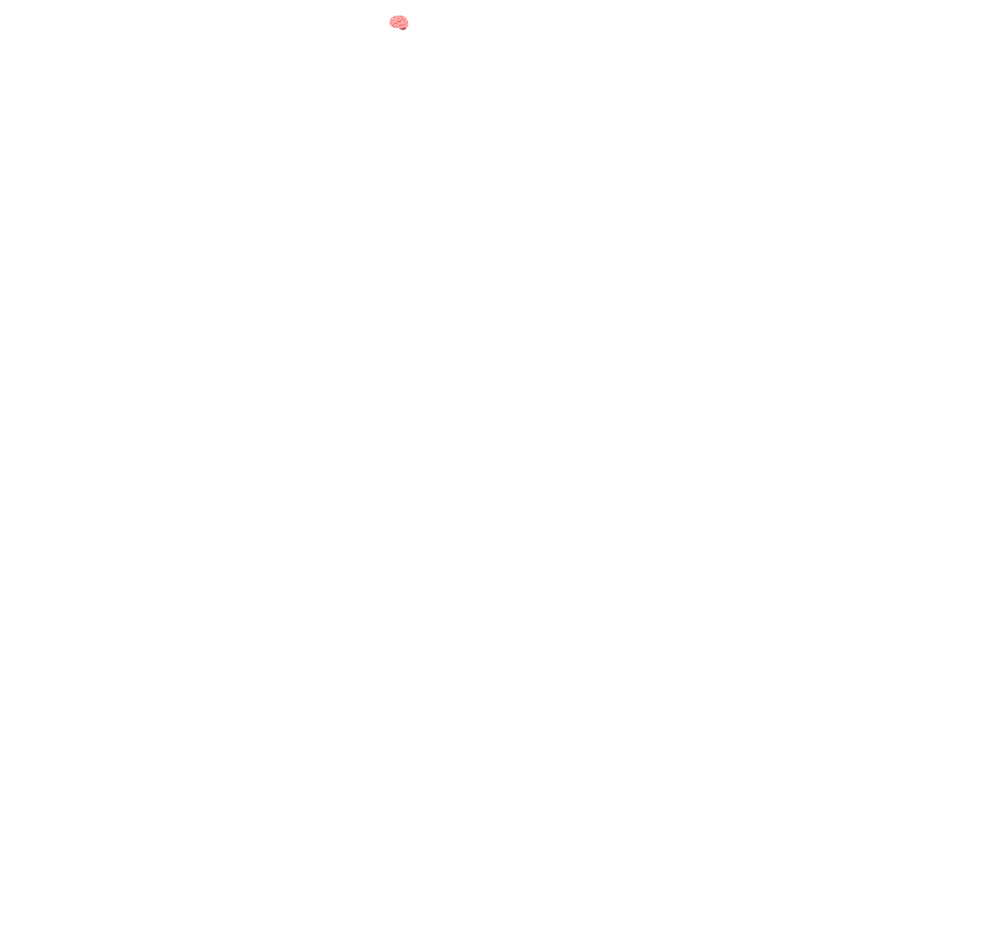
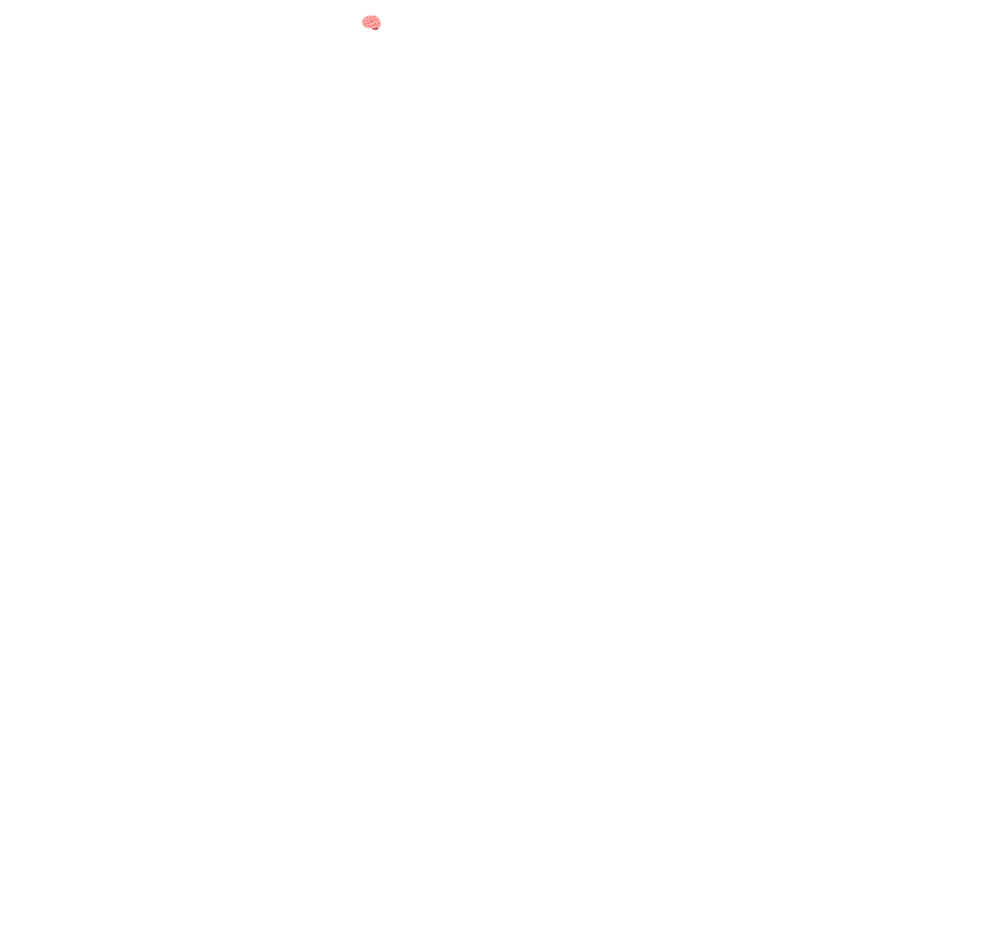
The third of 17 diagrams in website/docs/index.md (gitpavleenbali/PYAI), drawn with Mermaid before and after one commit. The commit also changed other lines of this file and 455 other files, not shown here.

First line of the commit message:
chore: rename package from pyai to openstackai

````diff
--- a/website/docs/index.md
+++ b/website/docs/index.md
@@ -153,34 +153,34 @@
 ```mermaid
 %%{init: {'theme': 'base', 'themeVariables': { 'primaryColor': 'transparent', 'primaryTextColor': '#ffffff', 'primaryBorderColor': '#ffffff', 'lineColor': '#ffffff', 'secondaryColor': 'transparent', 'tertiaryColor': 'transparent', 'background': 'transparent', 'mainBkg': 'transparent', 'nodeBorder': '#ffffff', 'clusterBkg': 'transparent', 'clusterBorder': '#ffffff', 'titleColor': '#ffffff', 'edgeLabelBackground': 'transparent', 'nodeTextColor': '#ffffff'}}}%%
 flowchart TB
-    subgraph PYAI["🧠 PYAI - One-Stop Solution"]
+    subgraph openstackai["🧠 openstackai - One-Stop Solution"]
         subgraph Cognition["Cognition"]
             ASK["ask"]
             RES["research"]
             SUM["summarize"]
             RAG["rag"]
             GEN["generate"]
         end
         
         subgraph Orchestration["Orchestration"]
             AGT["Agents"]
             WRK["Workflows"]
             HND["Handoffs"]
             PAT["Patterns"]
         end
         
         subgraph Enterprise["Enterprise"]
             AUTH["Azure AD"]
             SESS["Sessions"]
             EVAL["Evaluation"]
             TRACE["Tracing"]
         end
         
         subgraph Integrations["Integrations"]
             VEC["Vector DBs"]
             API["OpenAPI"]
             PLG["Plugins"]
             MCP["MCP/A2A"]
         end
     end
 ```
````
